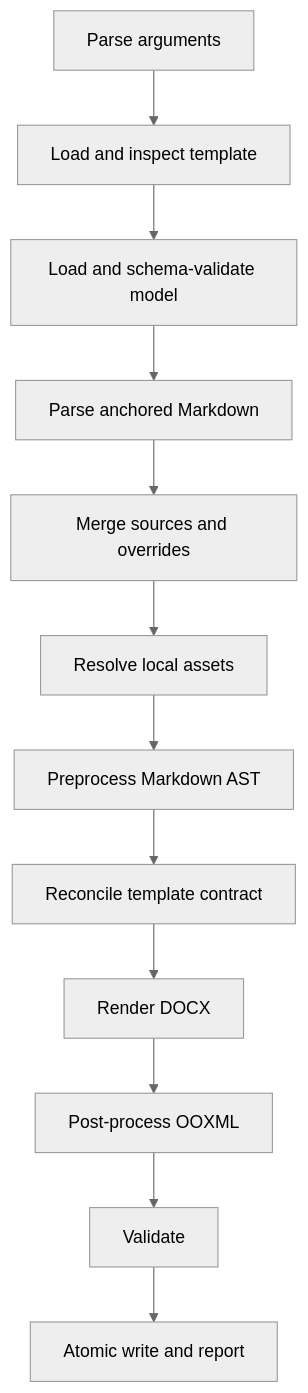
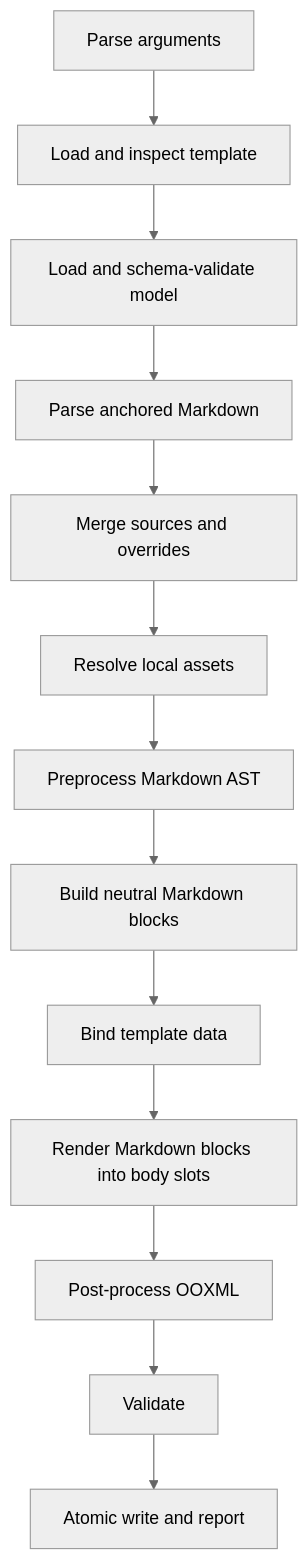
One commit to akode-dev/docxgen changed the third of 4 diagrams in docs/architecture.md. Above: the diagram before and after it, drawn with Mermaid (neutral theme). The commit also changed other lines of this file and 31 other files, not shown here.

````diff
--- a/docs/architecture.md
+++ b/docs/architecture.md
@@ -76,14 +76,15 @@
 ```mermaid
 flowchart TD
     A["Parse arguments"] --> B["Load and inspect template"]
     B --> C["Load and schema-validate model"]
     C --> D["Parse anchored Markdown"]
     D --> E["Merge sources and overrides"]
     E --> F["Resolve local assets"]
     F --> G["Preprocess Markdown AST"]
-    G --> H["Reconcile template contract"]
-    H --> I["Render DOCX"]
-    I --> J["Post-process OOXML"]
+    G --> H["Build neutral Markdown blocks"]
+    H --> I["Bind template data"]
+    I --> M["Render Markdown blocks into body slots"]
+    M --> J["Post-process OOXML"]
     J --> K["Validate"]
     K --> L["Atomic write and report"]
 ```
````
